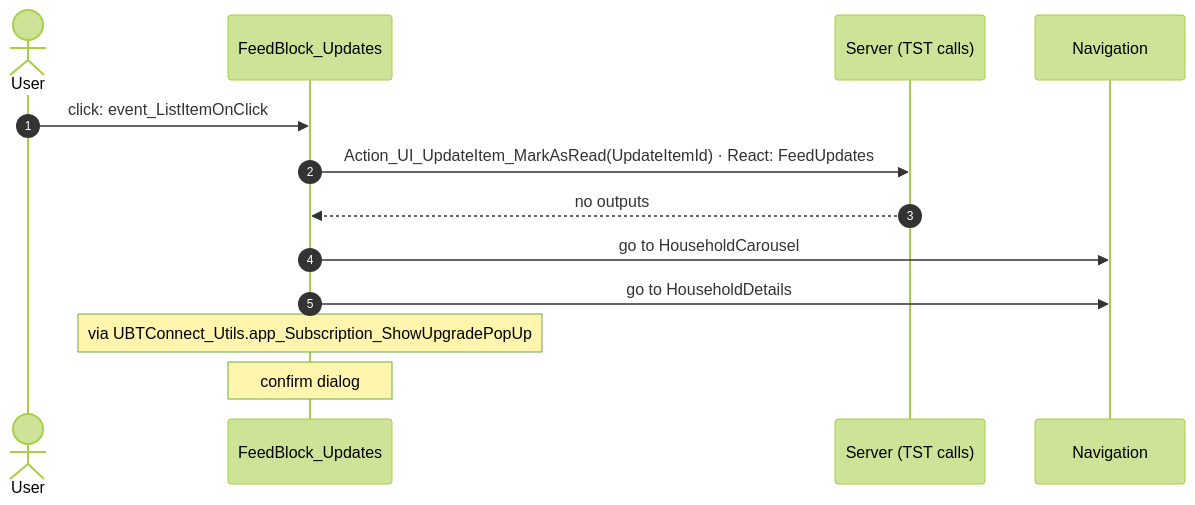
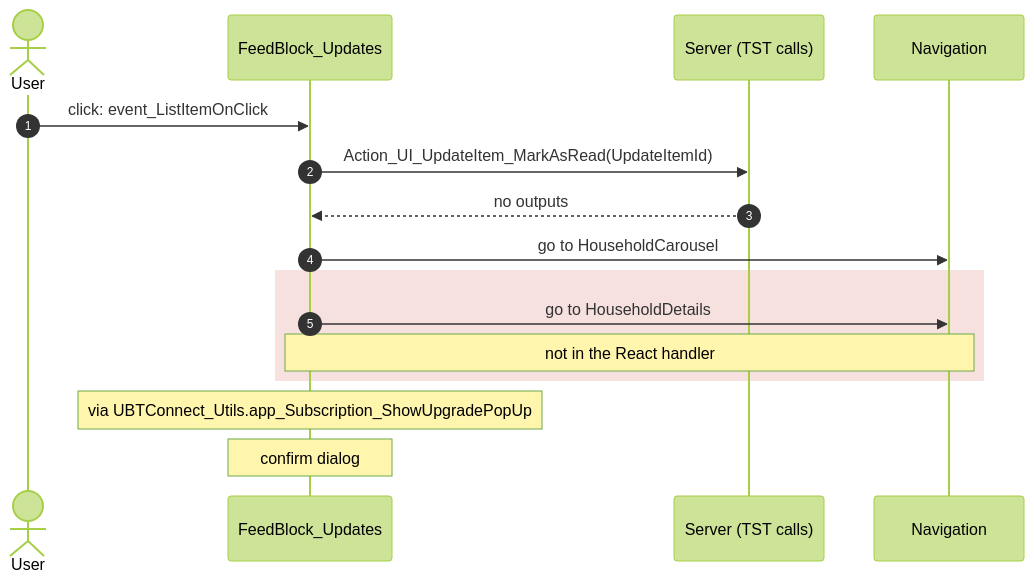
Before and after one commit to Phoenix-DX/connect-new-ui: the tenth of 47 diagrams in migration/route-actions/HomeFeed.md, drawn with Mermaid (forest theme). The commit also changed other lines of this file and 90 other files, not shown here.

Commit message:
route actions: React sequence diagram per user action next to OutSystems, differences in red; React handlers read branch by branch and matched by comment, name and block; white SVG background; all SVGs of a file in one browser (HomeFeed 67 s to 14 s)

````diff
--- a/migration/route-actions/HomeFeed.md
+++ b/migration/route-actions/HomeFeed.md
@@ -281,15 +378,18 @@
 ```mermaid
 sequenceDiagram
   autonumber
   actor U as User
   participant B as FeedBlock_Updates
   participant S as Server (TST calls)
   participant N as Navigation
   U->>B: click: event_ListItemOnClick
-  B->>S: Action_UI_UpdateItem_MarkAsRead(UpdateItemId) · React: FeedUpdates
+  B->>S: Action_UI_UpdateItem_MarkAsRead(UpdateItemId)
   S-->>B: no outputs
   B->>N: go to HouseholdCarousel
+  rect rgba(192, 57, 43, 0.15)
   B->>N: go to HouseholdDetails
+  Note over B,N: not in the React handler
+  end
   Note over B: via UBTConnect_Utils.app_Subscription_ShowUpgradePopUp
   Note over B: confirm dialog
 ```
````
